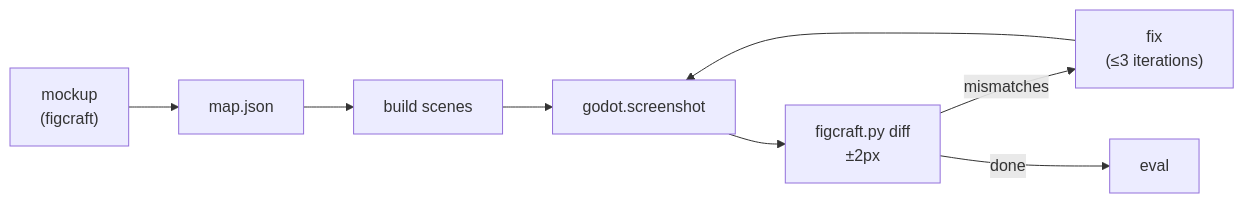
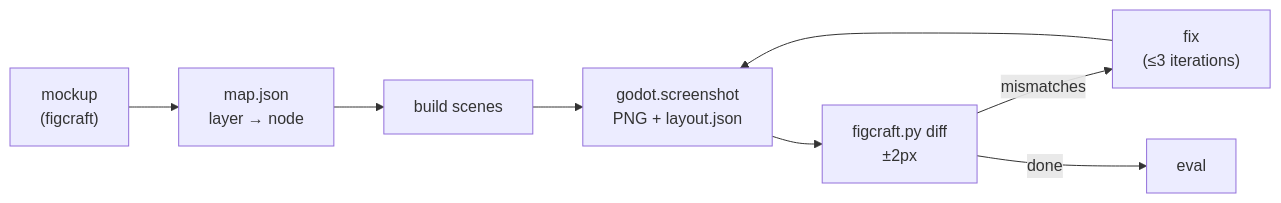
Before and after one commit to pyrozhok/Starter-Kit-City-Builder: the first of 2 diagrams in README.md, drawn with Mermaid. The commit also changed other lines of this file, not shown here.

Commit message:
docs(readme): figcraft explained, the escalation, a false finding turned into a rule, eval limits, portability; architecture out of details

````diff
--- a/README.md
+++ b/README.md
@@ -32,6 +34,6 @@
 ```mermaid
 flowchart LR
-  A["mockup<br/>(figcraft)"] --> B["map.json"] --> C["build scenes"] --> D["godot.screenshot"] --> E["figcraft.py diff<br/>±2px"]
+  A["mockup<br/>(figcraft)"] --> B["map.json<br/>layer → node"] --> C["build scenes"] --> D["godot.screenshot<br/>PNG + layout.json"] --> E["figcraft.py diff<br/>±2px"]
   E -- mismatches --> F["fix<br/>(≤3 iterations)"] --> D
   E -- done --> G["eval"]
 ```
````
